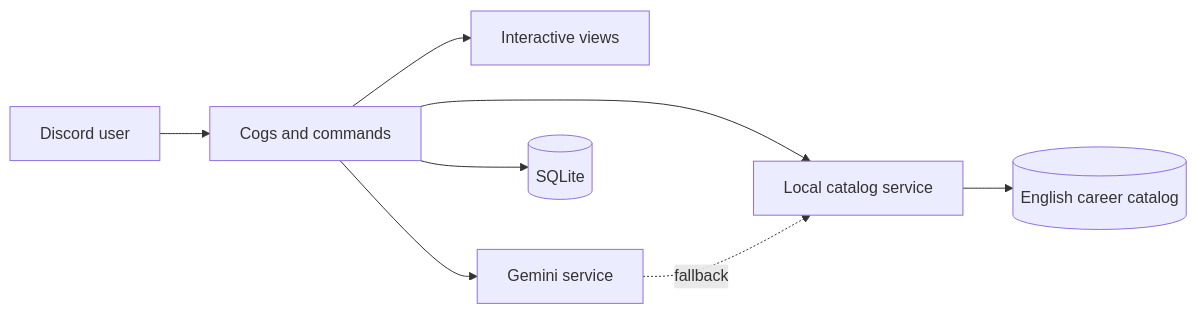
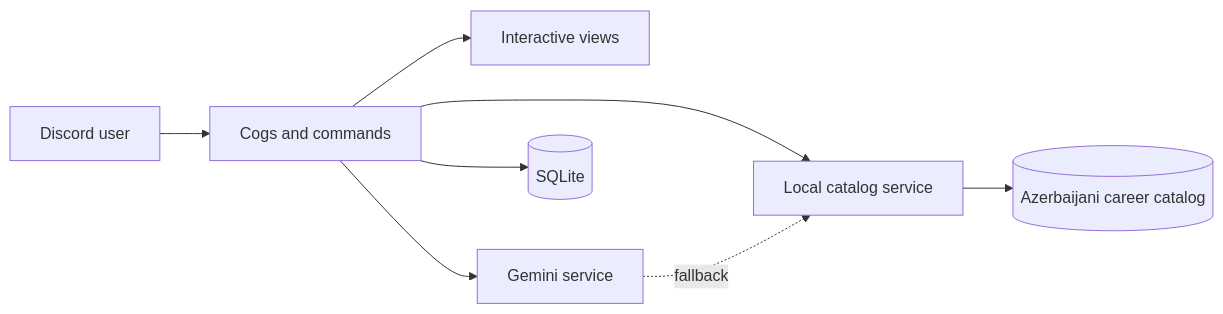
Before and after one commit to Kvseis/CareerCompass: the diagram in README.md, drawn with Mermaid. The commit also changed other lines of this file and 16 other files, not shown here.

````diff
--- a/README.md
+++ b/README.md
@@ -77,10 +80,10 @@
 ```mermaid
 flowchart LR
     U[Discord user] --> C[Cogs and commands]
     C --> V[Interactive views]
     C --> G[Gemini service]
     C --> S[Local catalog service]
     C --> DB[(SQLite)]
-    S --> J[(English career catalog)]
+    S --> J[(Azerbaijani career catalog)]
     G -. fallback .-> S
 ```
````
